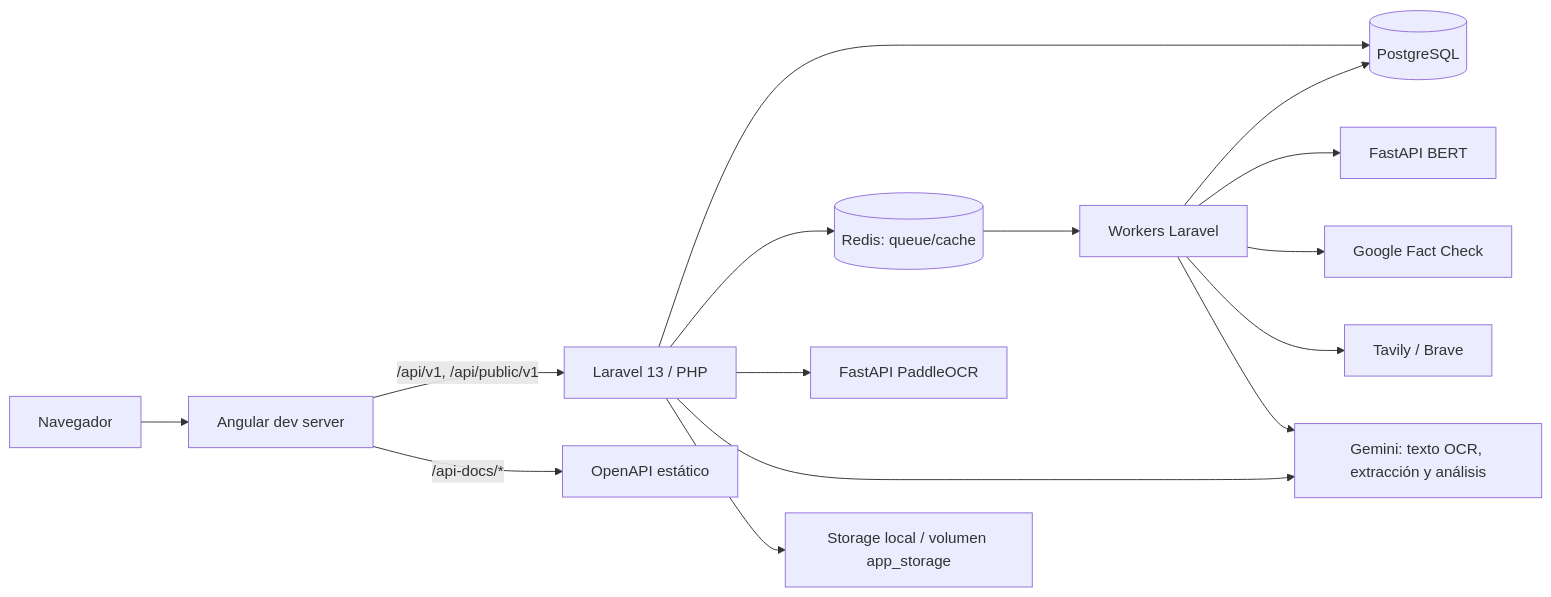
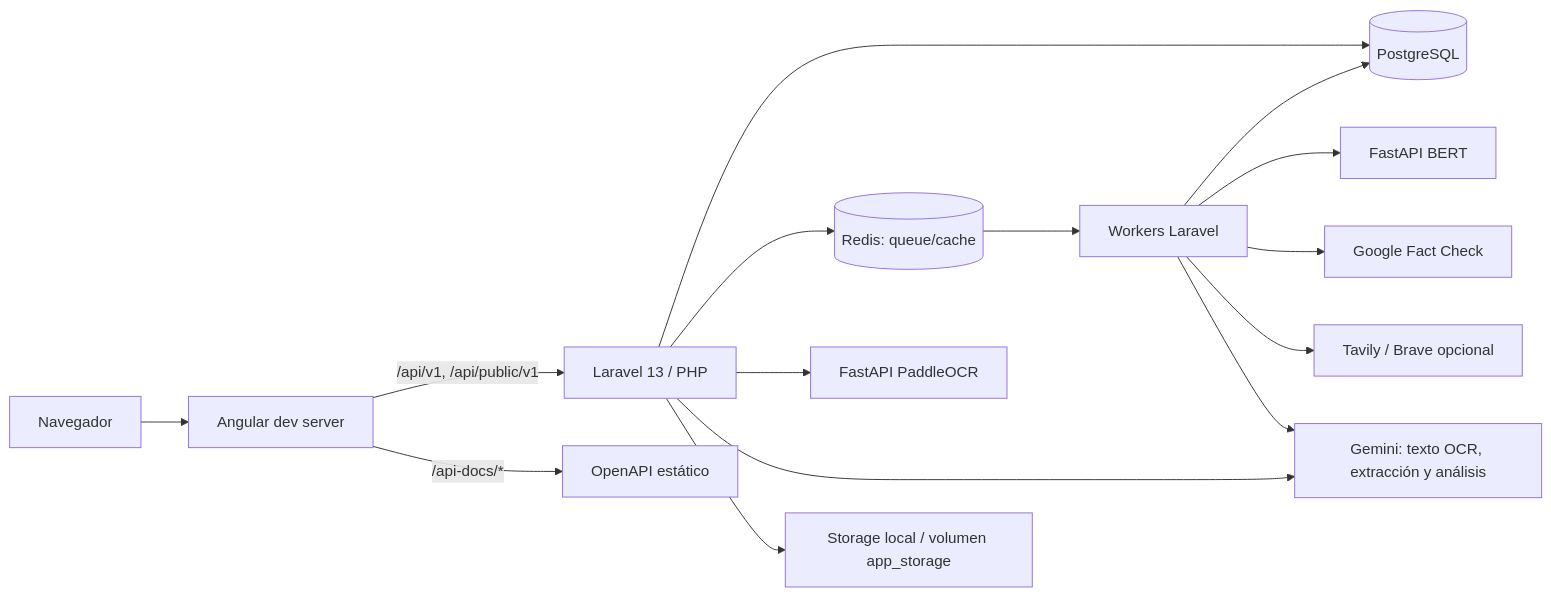
Before and after one commit to JhayDarko/backend: the first of 2 diagrams in PROJECT_CONTEXT.md, drawn with Mermaid. The commit also changed other lines of this file and 3 other files, not shown here.

````diff
--- a/PROJECT_CONTEXT.md
+++ b/PROJECT_CONTEXT.md
@@ -125,17 +126,17 @@
 ```mermaid
 flowchart LR
   U["Navegador"] --> ANG["Angular dev server"]
   ANG -->|"/api/v1, /api/public/v1"| L["Laravel 13 / PHP"]
   ANG -->|"/api-docs/*"| DOC["OpenAPI estático"]
   L --> PG[("PostgreSQL")]
   L --> R[("Redis: queue/cache")]
   L --> OCR["FastAPI PaddleOCR"]
   L --> G["Gemini: texto OCR, extracción y análisis"]
   R --> W["Workers Laravel"]
   W --> PG
   W --> BERT["FastAPI BERT"]
   W --> FC["Google Fact Check"]
-  W --> WEB["Tavily / Brave"]
+  W --> WEB["Tavily / Brave opcional"]
   W --> G
   L --> FILES["Storage local / volumen app_storage"]
 ```
````
